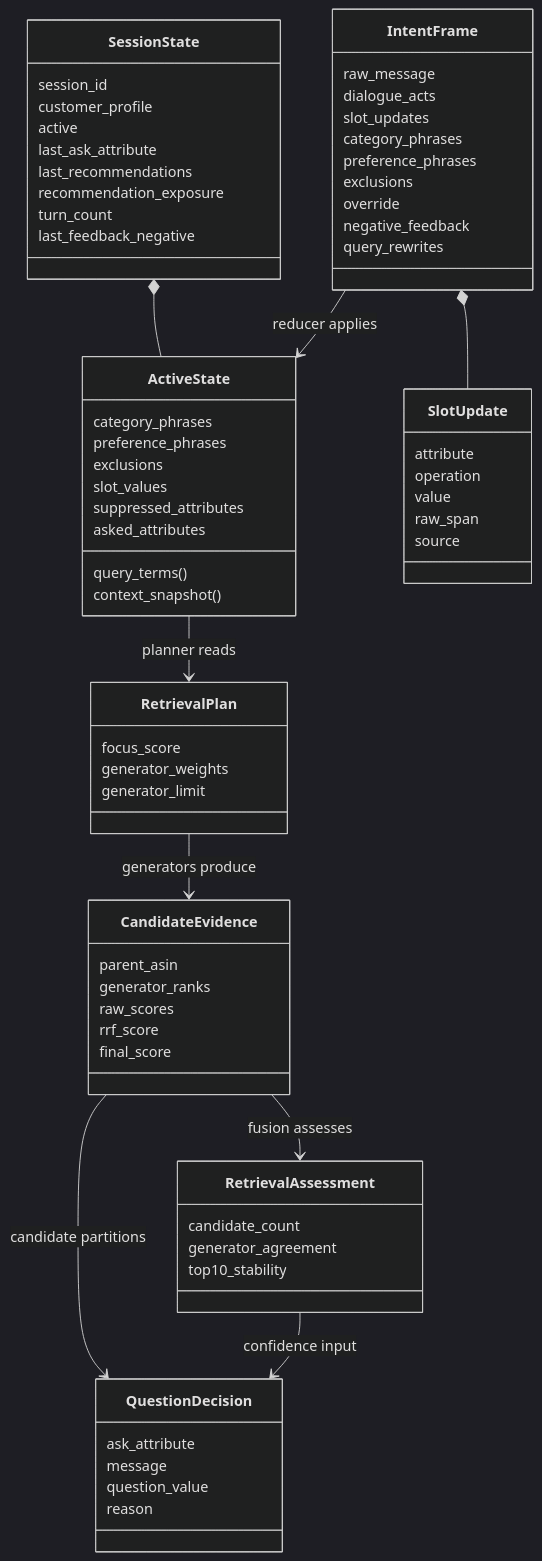
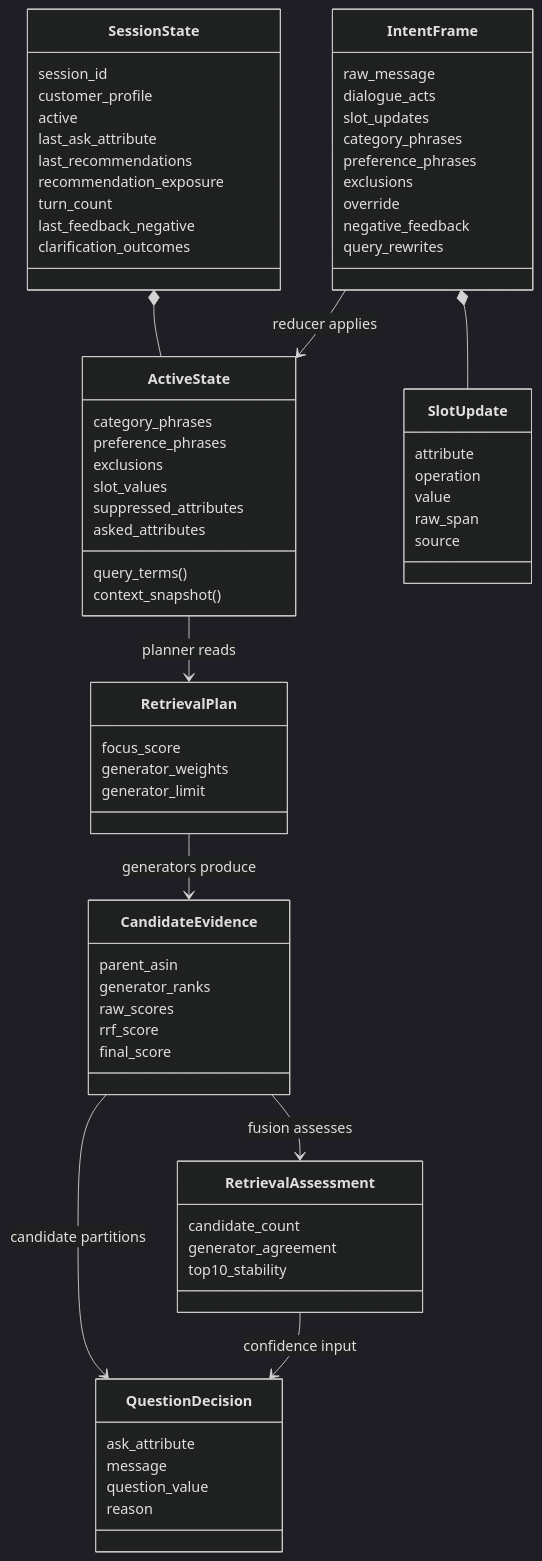
One commit to ash15khng/tiktok-techjam changed the third of 14 diagrams in docs/system-flowcharts.md. Above: the diagram before and after it, drawn with Mermaid (dark theme). The commit also changed other lines of this file and 9 other files, not shown here.

Commit message:
document generalized architecture and evaluation discipline

````diff
--- a/docs/system-flowcharts.md
+++ b/docs/system-flowcharts.md
@@ -106,73 +115,74 @@
 ```mermaid
 classDiagram
     class SessionState {
         session_id
         customer_profile
         active
         last_ask_attribute
         last_recommendations
         recommendation_exposure
         turn_count
         last_feedback_negative
+        clarification_outcomes
     }
     class ActiveState {
         category_phrases
         preference_phrases
         exclusions
         slot_values
         suppressed_attributes
         asked_attributes
         query_terms()
         context_snapshot()
     }
     class IntentFrame {
         raw_message
         dialogue_acts
         slot_updates
         category_phrases
         preference_phrases
         exclusions
         override
         negative_feedback
         query_rewrites
     }
     class SlotUpdate {
         attribute
         operation
         value
         raw_span
         source
     }
     class RetrievalPlan {
         focus_score
         generator_weights
         generator_limit
     }
     class CandidateEvidence {
         parent_asin
         generator_ranks
         raw_scores
         rrf_score
         final_score
     }
     class RetrievalAssessment {
         candidate_count
         generator_agreement
         top10_stability
     }
     class QuestionDecision {
         ask_attribute
         message
         question_value
         reason
     }
 
     SessionState *-- ActiveState
     IntentFrame *-- SlotUpdate
     IntentFrame --> ActiveState : reducer applies
     ActiveState --> RetrievalPlan : planner reads
     RetrievalPlan --> CandidateEvidence : generators produce
     CandidateEvidence --> RetrievalAssessment : fusion assesses
     CandidateEvidence --> QuestionDecision : candidate partitions
     RetrievalAssessment --> QuestionDecision : confidence input
 ```
````
